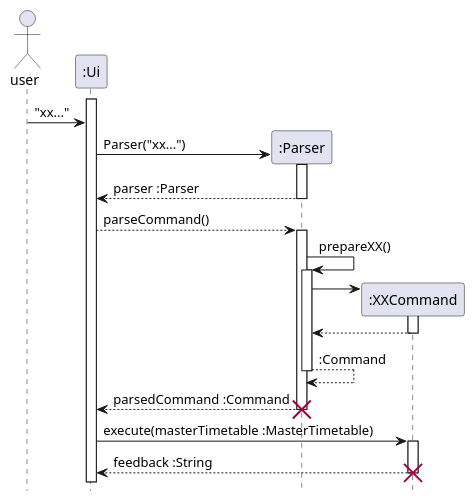
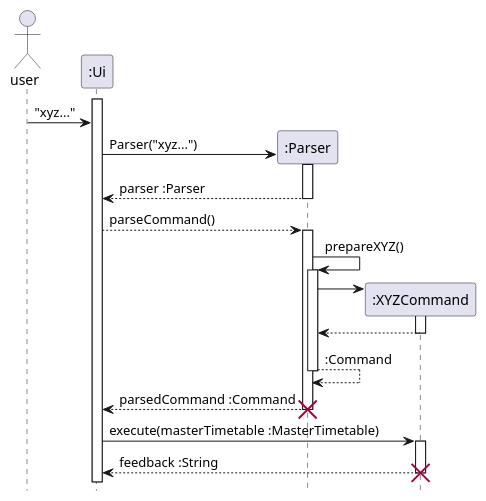
The diagram in docs/diagrams/CommandSequenceDiagram.puml (nus-cs2113-AY2122S2/tp), drawn with PlantUML before and after one commit. The commit also changed 10 other files, not shown here.

Commit message:
Add Parser class diagrams

```diff
--- a/docs/diagrams/CommandSequenceDiagram.puml
+++ b/docs/diagrams/CommandSequenceDiagram.puml
@@ -1,41 +1,41 @@
 @startuml
 hide footbox
 
 actor user
 participant ":Ui" as Ui
 participant ":Parser" as Parser
-participant ":XXCommand" as Command
+participant ":XYZCommand" as Command
 
 activate Ui
-user -> Ui : "xx..."
+user -> Ui : "xyz..."
 create Parser
-Ui -> Parser : Parser("xx...")
+Ui -> Parser : Parser("xyz...")
 activate Parser
 Ui <-- Parser : parser :Parser
 deactivate Parser
 
 Ui --> Parser : parseCommand()
 activate Parser
 
-Parser -> Parser : prepareXX()
+Parser -> Parser : prepareXYZ()
 activate Parser
 
 create Command
 Parser -> Command
 activate Command
 Parser <-- Command
 deactivate Command
 
 Parser --> Parser : :Command
 deactivate Parser
 Ui <-- Parser : parsedCommand :Command
 deactivate Parser
 destroy Parser
 
 Ui -> Command : execute(masterTimetable :MasterTimetable)
 activate Command
 Ui <-- Command : feedback :String
 deactivate Command
 
 destroy Command
 @enduml
```
